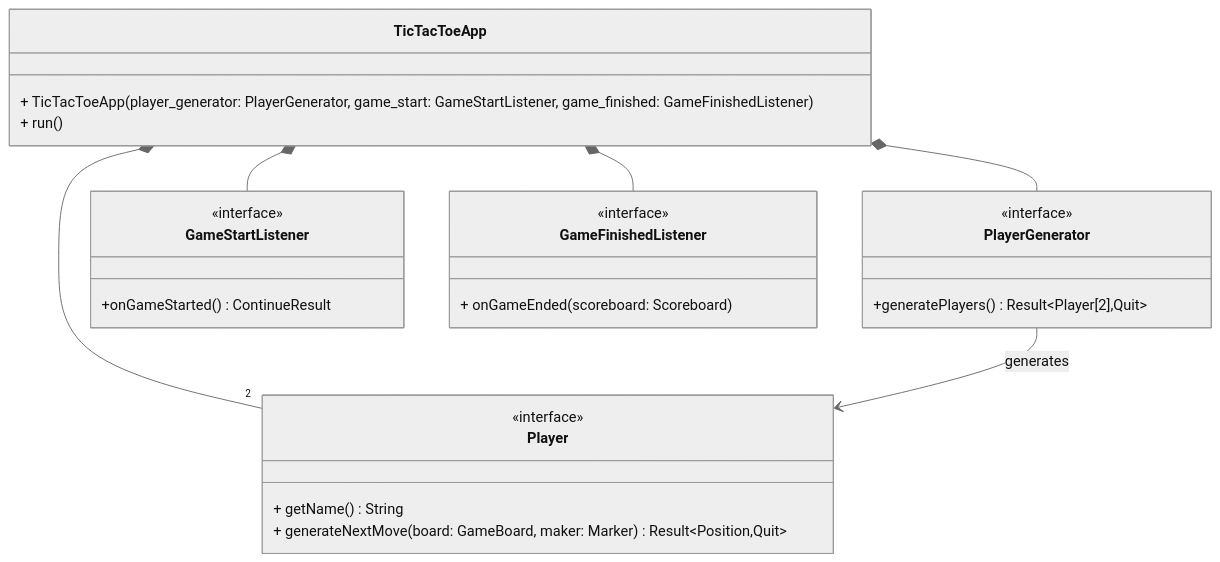
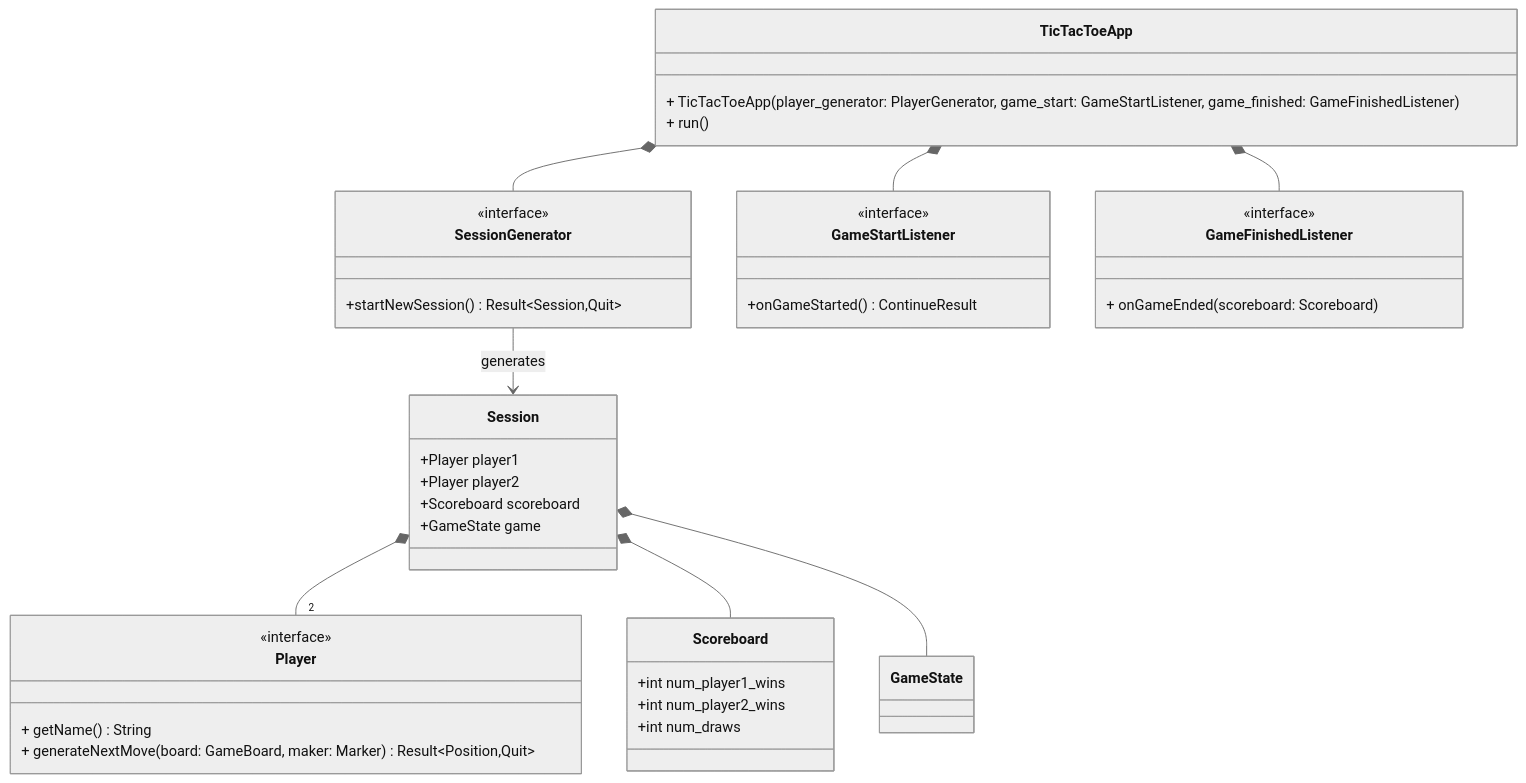
Before and after one commit to jashar86/tic-tac-toe: the fifth of 5 diagrams in docs/REFERENCE_ARCHITECTURE.md, drawn with Mermaid (neutral theme). The commit also changed other lines of this file, not shown here.

Commit message:
Another round of editing. Happy with the first two layers.

````diff
--- a/docs/REFERENCE_ARCHITECTURE.md
+++ b/docs/REFERENCE_ARCHITECTURE.md
@@ -156,36 +176,51 @@
 ```mermaid
 classDiagram
 
     class TicTacToeApp {
         + TicTacToeApp(player_generator: PlayerGenerator, game_start: GameStartListener, game_finished: GameFinishedListener)
         + run()
     }
 
-    class PlayerGenerator {
+    class Session {
+        +Player player1
+        +Player player2
+        +Scoreboard scoreboard
+        +GameState game
+    }
+
+    class Scoreboard {
+        +int num_player1_wins
+        +int num_player2_wins
+        +int num_draws
+    }
+
+    class SessionGenerator {
         <<interface>>
-        +generatePlayers() Result~Player[2],Quit~
+        +startNewSession() Result~Session,Quit~
     }
 
     class Player {
         <<interface>>
         + getName() String
         + generateNextMove(board: GameBoard, maker: Marker) Result~Position,Quit~
     }
 
     class GameStartListener {
         <<interface>>
         +onGameStarted() ContinueResult
     }
 
     class GameFinishedListener {
         <<interface>>
         + onGameEnded(scoreboard: Scoreboard)
     }
 
-    TicTacToeApp *-- PlayerGenerator
-    TicTacToeApp *-- "2" Player
+    TicTacToeApp *-- SessionGenerator
     TicTacToeApp *-- GameStartListener
     TicTacToeApp *-- GameFinishedListener
 
-    PlayerGenerator --> Player : generates
+    SessionGenerator --> Session : generates
+    Session *-- "2" Player
+    Session *-- Scoreboard
+    Session *-- GameState
 ```
````
